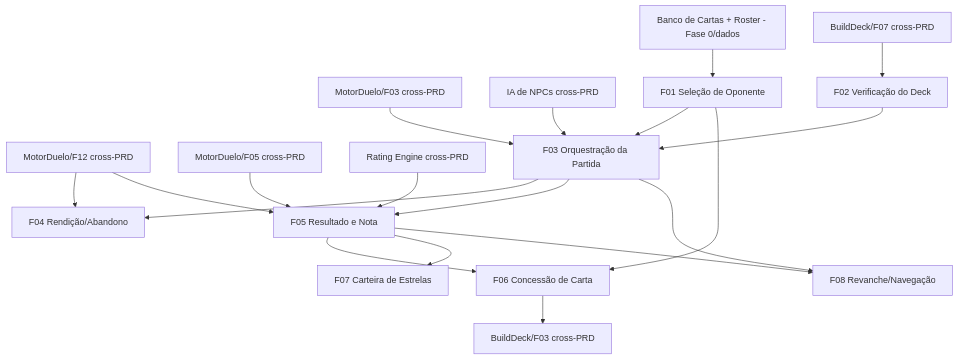
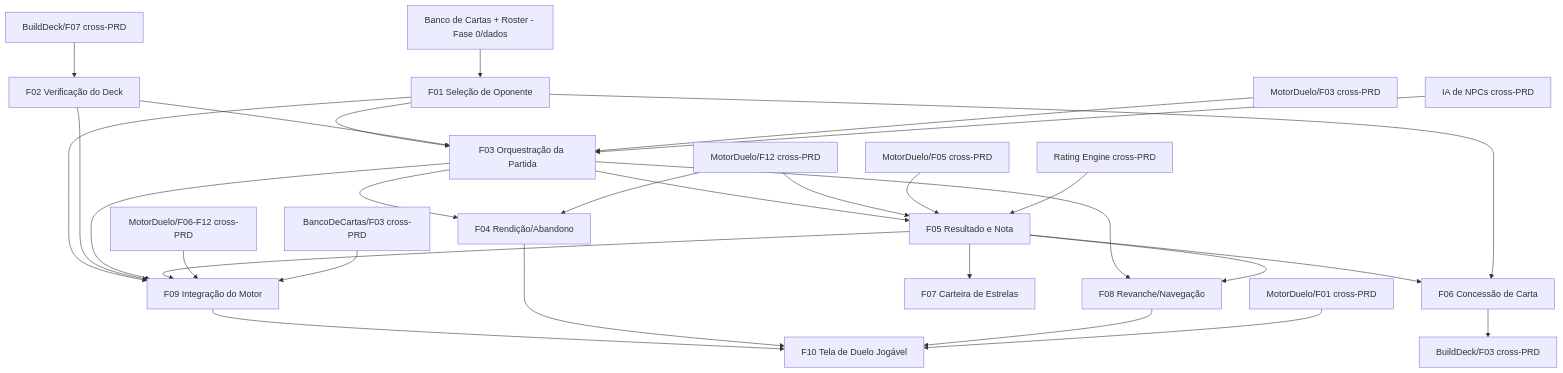
Before and after one commit to Jean1dev/yu-gi-oh-forbiden-memories-remastered: the diagram in docs/prds/free-duel.md, drawn with Mermaid. The commit also changed other lines of this file, not shown here.

First line of the commit message:
Adiciona features F09 e F10 do duelo jogavel, free-duel/PRD

````diff
--- a/docs/prds/free-duel.md
+++ b/docs/prds/free-duel.md
@@ -362,39 +436,55 @@
 ```mermaid
 graph TD
   CARDS[Banco de Cartas + Roster - Fase 0/dados]
   BUILD07[BuildDeck/F07 cross-PRD]
   BUILD03[BuildDeck/F03 cross-PRD]
   MOT03[MotorDuelo/F03 cross-PRD]
   MOT12[MotorDuelo/F12 cross-PRD]
   MOT05[MotorDuelo/F05 cross-PRD]
+  MOT01[MotorDuelo/F01 cross-PRD]
+  MOT0612[MotorDuelo/F06-F12 cross-PRD]
+  CAT03[BancoDeCartas/F03 cross-PRD]
   IA[IA de NPCs cross-PRD]
   RATE[Rating Engine cross-PRD]
 
   F01[F01 Seleção de Oponente]
   F02[F02 Verificação do Deck]
   F03[F03 Orquestração da Partida]
   F04[F04 Rendição/Abandono]
   F05[F05 Resultado e Nota]
   F06[F06 Concessão de Carta]
   F07[F07 Carteira de Estrelas]
   F08[F08 Revanche/Navegação]
+  F09[F09 Integração do Motor]
+  F10[F10 Tela de Duelo Jogável]
 
   CARDS --> F01
   BUILD07 --> F02
   F01 --> F03
   F02 --> F03
   MOT03 --> F03
   IA --> F03
   F03 --> F04
   MOT12 --> F04
   F03 --> F05
   MOT12 --> F05
   MOT05 --> F05
   RATE --> F05
   F05 --> F06
   F01 --> F06
   F06 --> BUILD03
   F05 --> F07
   F03 --> F08
   F05 --> F08
+
+  F01 --> F09
+  F02 --> F09
+  F03 --> F09
+  F05 --> F09
+  MOT0612 --> F09
+  CAT03 --> F09
+  F09 --> F10
+  F04 --> F10
+  F08 --> F10
+  MOT01 --> F10
 ```
````
